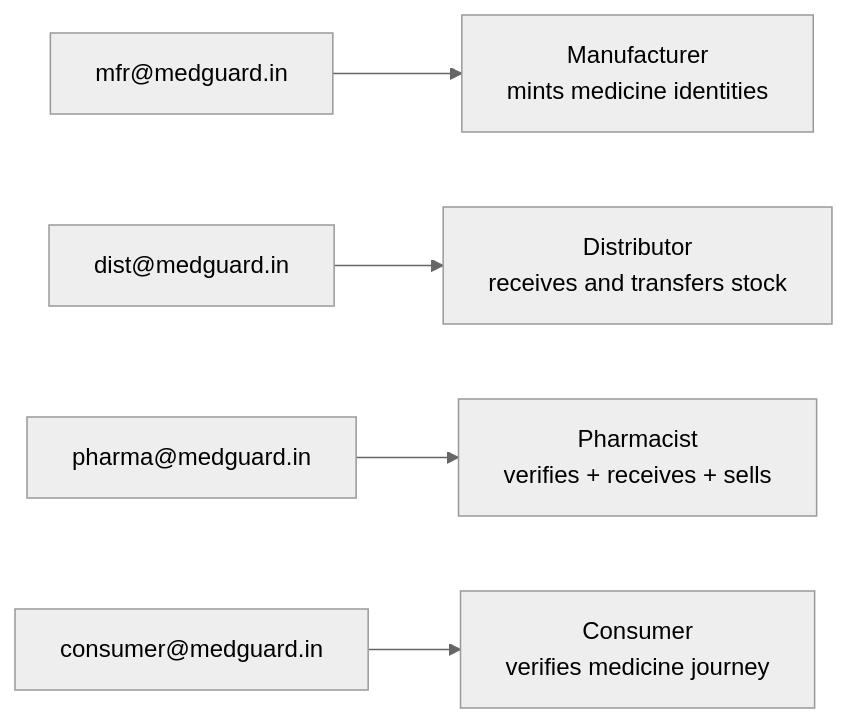
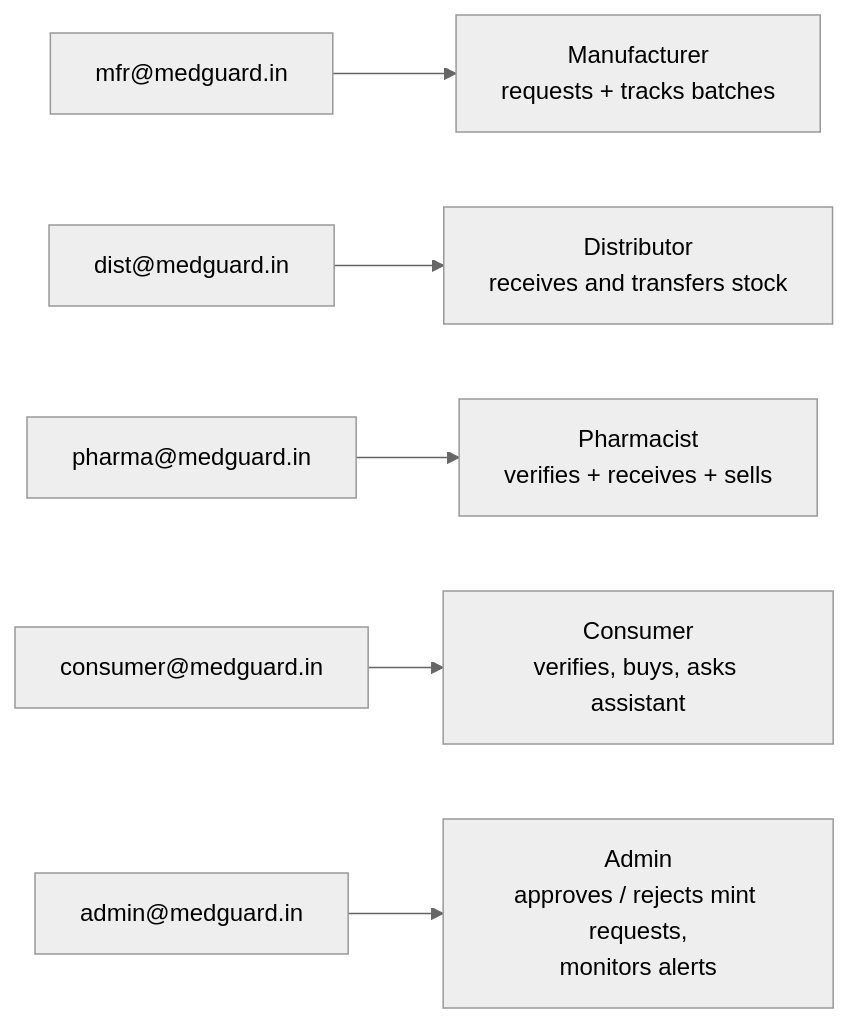
One commit to tanaymitra54/sih_2026 changed diagram 12 of 13 in README.md. Above: the diagram before and after it, drawn with Mermaid (neutral theme). The commit also changed other lines of this file, not shown here.

Commit message:
docs: end-to-end flow, admin approval, buy/chat/notify sections in README

````diff
--- a/README.md
+++ b/README.md
@@ -839,15 +945,18 @@
 ```mermaid
 flowchart LR
 
     mfr["mfr@medguard.in"]
-        --> M[Manufacturer<br/>mints medicine identities]
+        --> M[Manufacturer<br/>requests + tracks batches]
 
     dist["dist@medguard.in"]
         --> D[Distributor<br/>receives and transfers stock]
 
     pharma["pharma@medguard.in"]
         --> P[Pharmacist<br/>verifies + receives + sells]
 
     consumer["consumer@medguard.in"]
-        --> C[Consumer<br/>verifies medicine journey]
+        --> C[Consumer<br/>verifies, buys, asks assistant]
+
+    admin["admin@medguard.in"]
+        --> A[Admin<br/>approves / rejects mint requests,<br/>monitors alerts]
 ```
````
